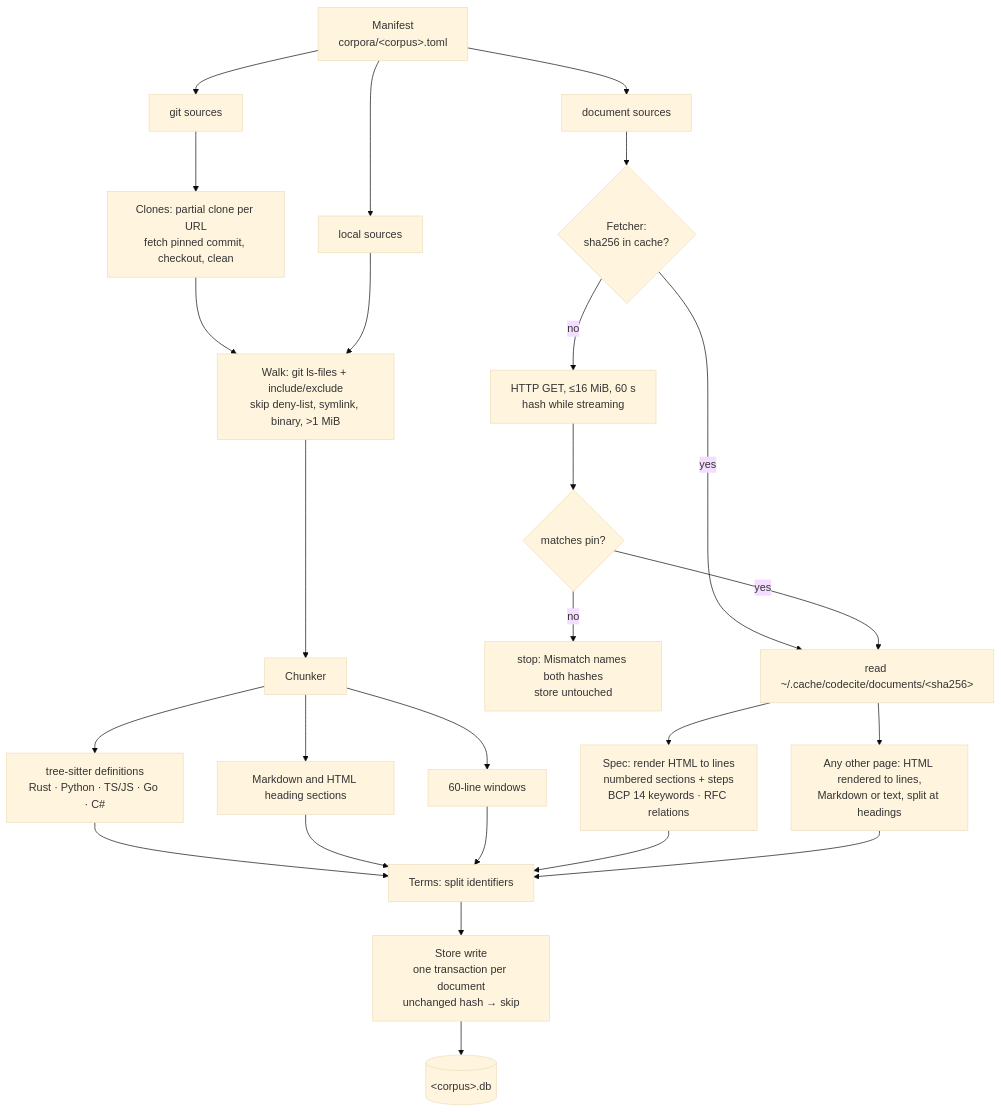
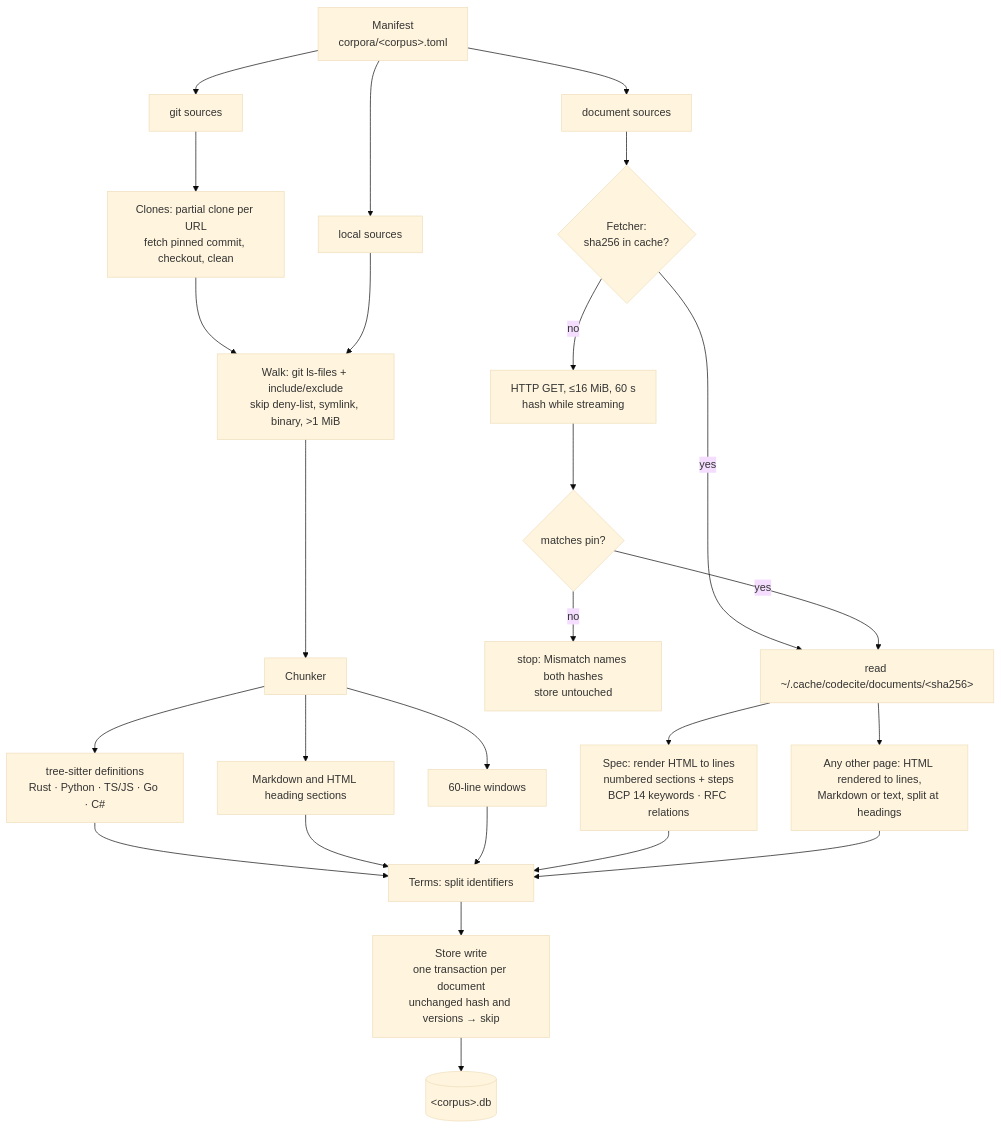
Before and after one commit to jamescrowley321/codecite: the third of 5 diagrams in docs/design.md, drawn with Mermaid (base theme). The commit also changed other lines of this file and 10 other files, not shown here.

Commit message:
feat(corpora): report pins the corpus no longer matches, and warn on an older readable schema

````diff
--- a/docs/design.md
+++ b/docs/design.md
@@ -96,21 +96,21 @@
 ```mermaid
 flowchart TD
   manifest["Manifest<br/>corpora/#lt;corpus#gt;.toml"] --> docs & gits & locals
   docs["document sources"] --> fetcher{"Fetcher:<br/>sha256 in cache?"}
   fetcher -- yes --> cached["read ~/.cache/codecite/documents/#lt;sha256#gt;"]
   fetcher -- no --> get["HTTP GET, ≤16 MiB, 60 s<br/>hash while streaming"] --> pin{"matches pin?"}
   pin -- no --> stop["stop: Mismatch names both hashes<br/>store untouched"]
   pin -- yes --> cached
   gits["git sources"] --> clones["Clones: partial clone per URL<br/>fetch pinned commit, checkout, clean"]
   clones --> walk
   locals["local sources"] --> walk["Walk: git ls-files + include/exclude<br/>skip deny-list, symlink, binary, #gt;1 MiB"]
   walk --> chunker["Chunker"]
   chunker --> ts["tree-sitter definitions<br/>Rust · Python · TS/JS · Go · C#"]
   chunker --> md["Markdown and HTML heading sections"]
   chunker --> win["60-line windows"]
   cached --> spec["Spec: render HTML to lines<br/>numbered sections + steps<br/>BCP 14 keywords · RFC relations"]
   cached --> doc["Any other page: HTML rendered to lines,<br/>Markdown or text, split at headings"]
   ts & md & win & spec & doc --> terms["Terms: split identifiers"]
-  terms --> write["Store write<br/>one transaction per document<br/>unchanged hash → skip"]
+  terms --> write["Store write<br/>one transaction per document<br/>unchanged hash and versions → skip"]
   write --> db[("#lt;corpus#gt;.db")]
 ```
````
